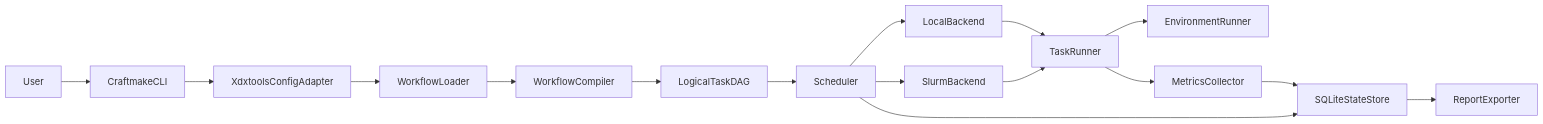
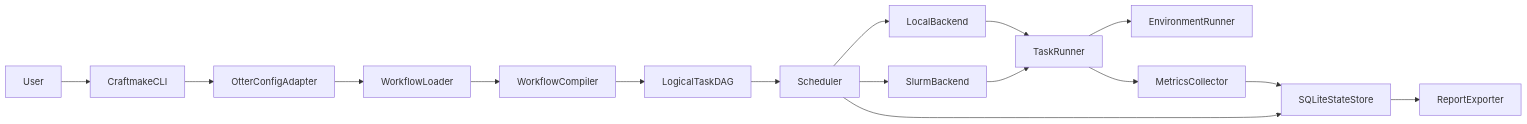
One commit to rainoffallingstar/craftmake changed the diagram in doc/implementation-plan.md. Above: the diagram before and after it, drawn with Mermaid. The commit also changed other lines of this file and 61 other files, not shown here.

````diff
--- a/doc/implementation-plan.md
+++ b/doc/implementation-plan.md
@@ -480,18 +482,18 @@
 ```mermaid
 flowchart LR
     user[User] --> cli[CraftmakeCLI]
-    cli --> adapter[XdxtoolsConfigAdapter]
+    cli --> adapter[OtterConfigAdapter]
     adapter --> loader[WorkflowLoader]
     loader --> compiler[WorkflowCompiler]
     compiler --> dag[LogicalTaskDAG]
     dag --> scheduler[Scheduler]
     scheduler --> localBackend[LocalBackend]
     scheduler --> slurmBackend[SlurmBackend]
     localBackend --> taskRunner[TaskRunner]
     slurmBackend --> taskRunner
     taskRunner --> environmentRunner[EnvironmentRunner]
     taskRunner --> metricsCollector[MetricsCollector]
     scheduler --> stateStore[SQLiteStateStore]
     metricsCollector --> stateStore
     stateStore --> report[ReportExporter]
 ```
````
